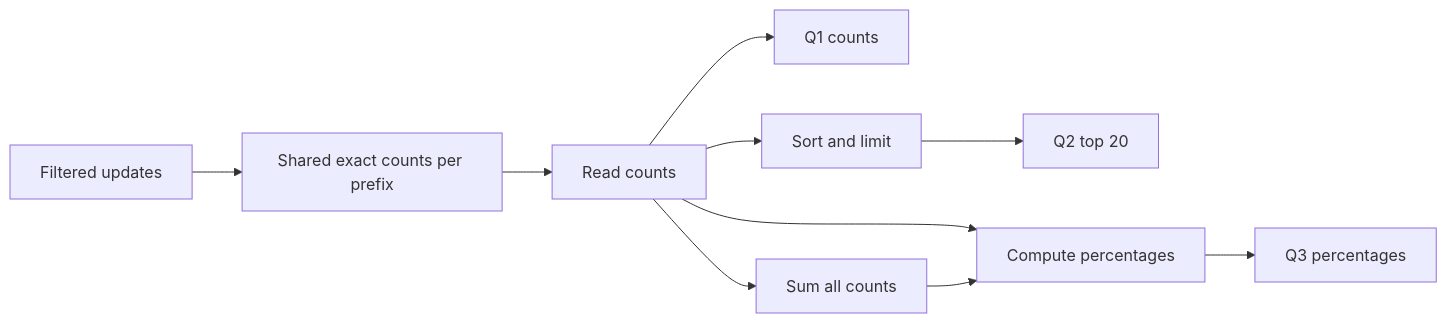
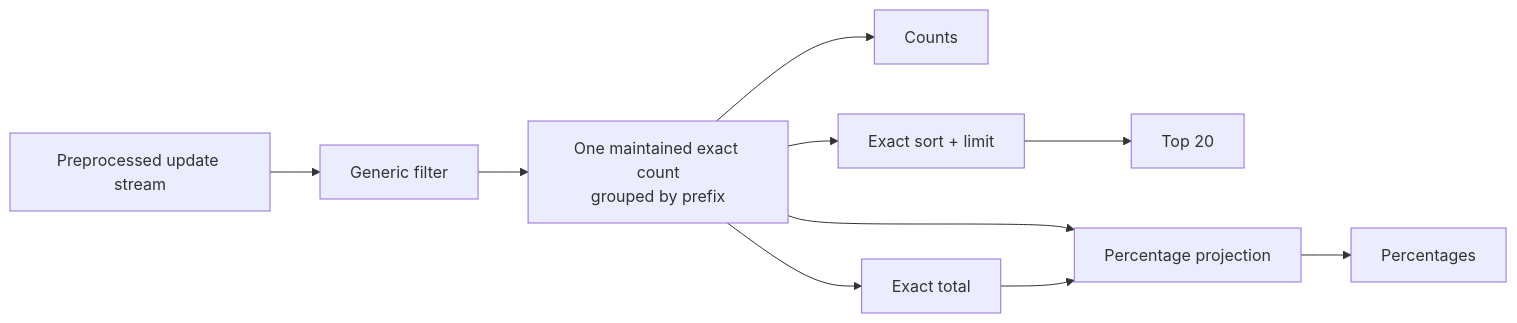
One commit to ProjectASAP/ASAPQuery changed the second of 2 diagrams in .design_docs/ASAPPLANNER_INTEGRATION_PLAN.md. Above: the diagram before and after it, drawn with Mermaid. The commit also changed other lines of this file and 1 other file, not shown here.

````diff
--- a/.design_docs/ASAPPLANNER_INTEGRATION_PLAN.md
+++ b/.design_docs/ASAPPLANNER_INTEGRATION_PLAN.md
@@ -279,12 +207,11 @@
 ```mermaid
 flowchart LR
-    A[Filtered updates] --> B[Shared exact counts per prefix]
-    B --> C[Read counts]
-    C --> Q1[Q1 counts]
-    C --> D[Sort and limit]
-    D --> Q2[Q2 top 20]
-    C --> E[Sum all counts]
-    C --> F[Compute percentages]
-    E --> F
-    F --> Q3[Q3 percentages]
+    S[Preprocessed update stream] --> F[Generic filter]
+    F --> C[One maintained exact count<br/>grouped by prefix]
+    C --> Q1[Counts]
+    C --> Sort[Exact sort + limit]
+    Sort --> Q2[Top 20]
+    C --> Total[Exact total]
+    C --> Ratio[Percentage projection]
+    Total --> Ratio --> Q3[Percentages]
 ```
````
